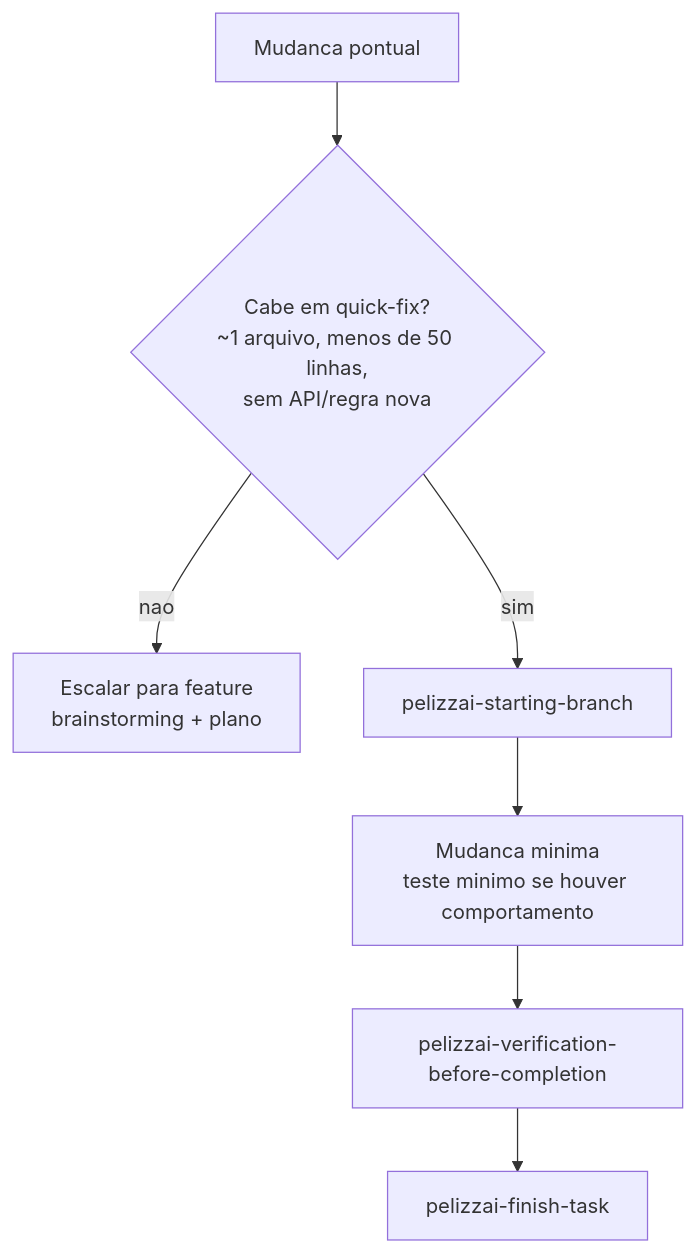
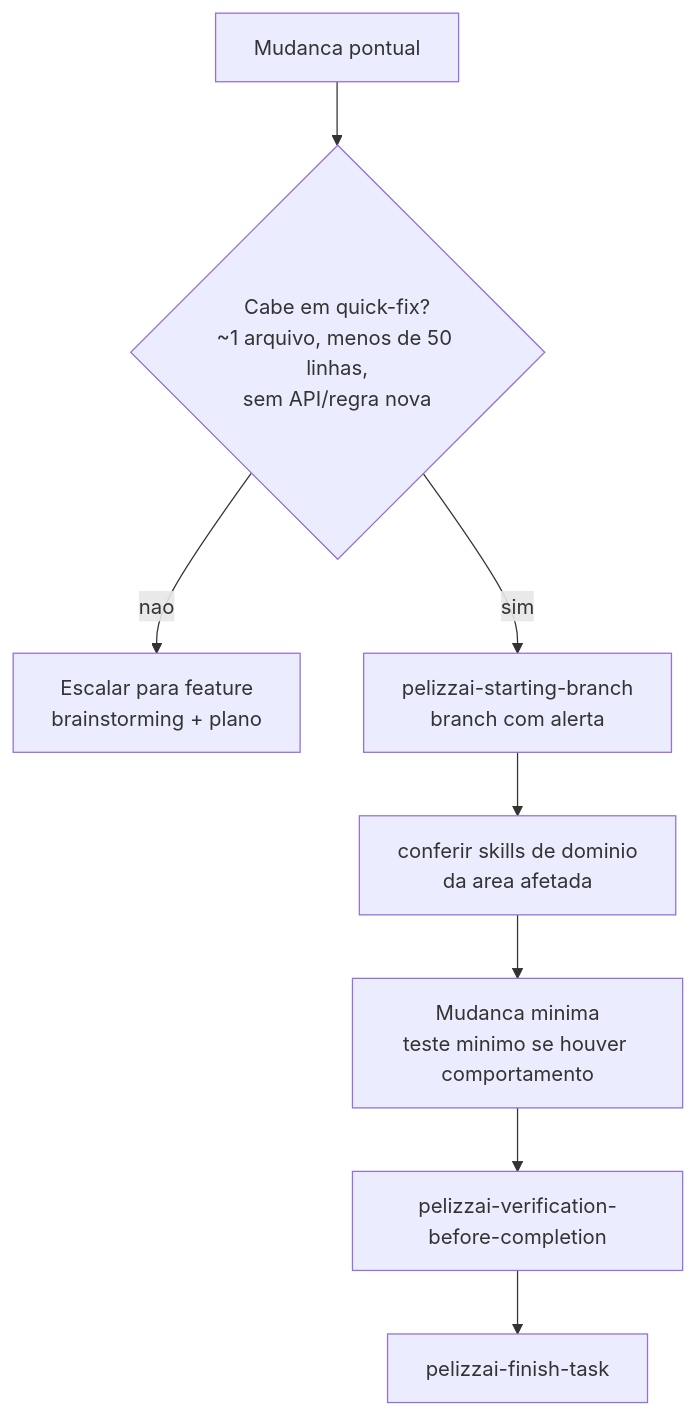
One commit to rpelizza/PelizzAI changed the sixth of 11 diagrams in README.md. Above: the diagram before and after it, drawn with Mermaid. The commit also changed other lines of this file and 34 other files, not shown here.

````diff
--- a/README.md
+++ b/README.md
@@ -200,9 +213,10 @@
 ```mermaid
 flowchart TD
     SMALL["Mudanca pontual"] --> FIT{"Cabe em quick-fix?<br/>~1 arquivo, menos de 50 linhas,<br/>sem API/regra nova"}
     FIT -- "nao" --> FEATURE["Escalar para feature<br/>brainstorming + plano"]
-    FIT -- "sim" --> SB["pelizzai-starting-branch"]
-    SB --> CHANGE["Mudanca minima<br/>teste minimo se houver comportamento"]
+    FIT -- "sim" --> SB["pelizzai-starting-branch<br/>branch com alerta"]
+    SB --> DOM["conferir skills de dominio<br/>da area afetada"]
+    DOM --> CHANGE["Mudanca minima<br/>teste minimo se houver comportamento"]
     CHANGE --> VERIFY["pelizzai-verification-before-completion"]
     VERIFY --> FIN["pelizzai-finish-task"]
 ```
````
